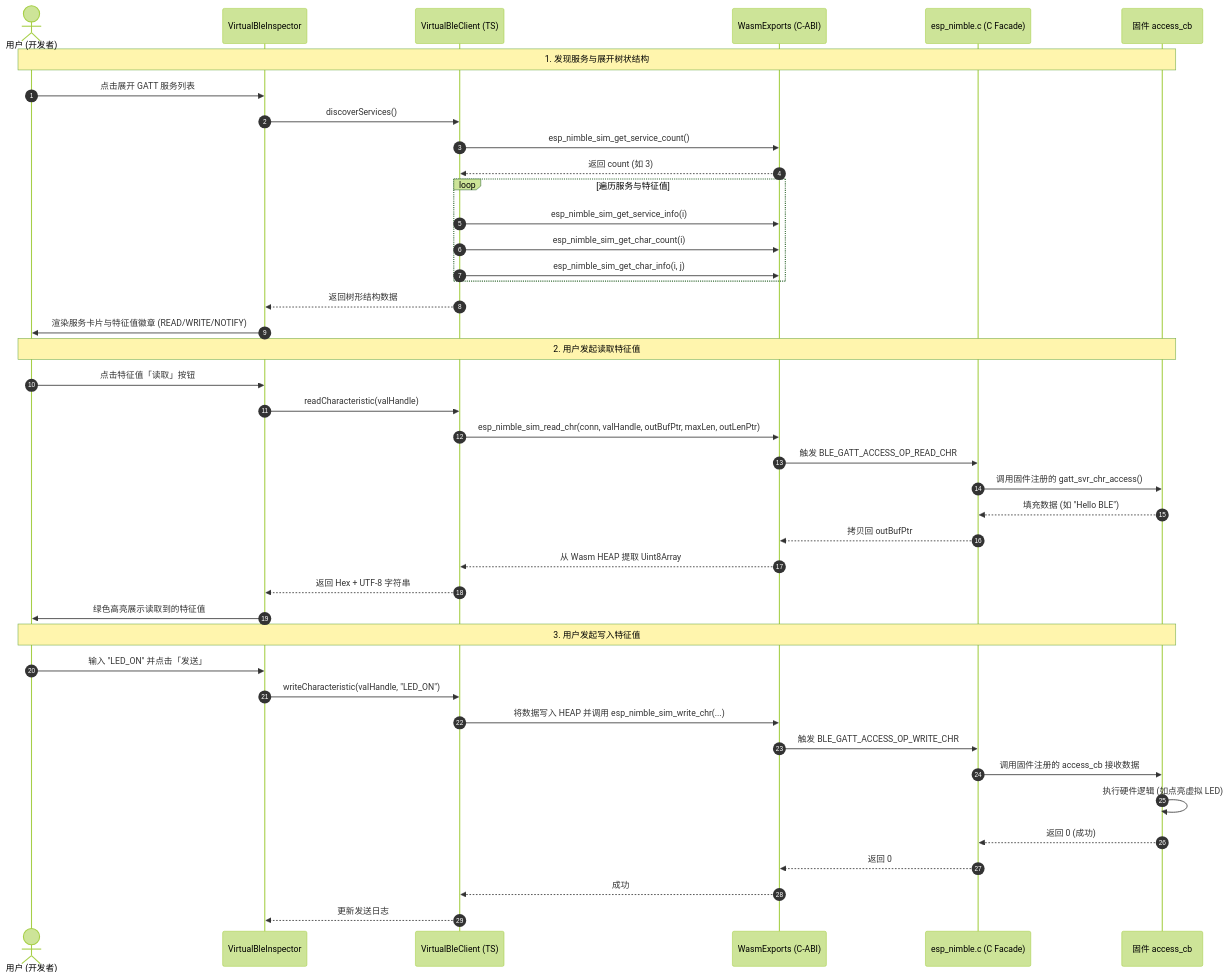
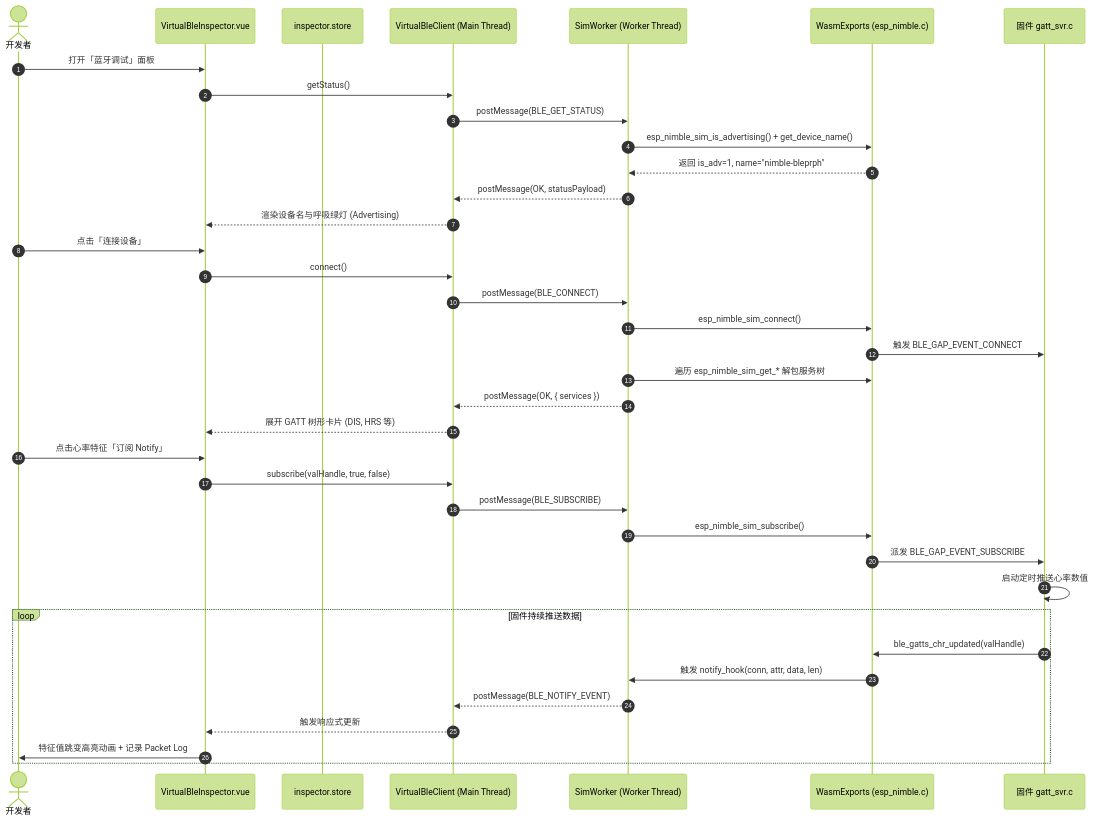
The first of 2 diagrams in docs/implementation-plans/esp32/2026-09-27-esp-idf-sim-m4-4-unisim-ble-inspector-plan.md (wink-cloud-hub/wink-ai-embedded), drawn with Mermaid (forest theme) before and after one commit. The commit also changed other lines of this file, not shown here.

Commit message:
docs(esp_idf): refine M4-4 plan to v1.1 with struct layout and worker protocol

````diff
--- a/docs/implementation-plans/esp32/2026-09-27-esp-idf-sim-m4-4-unisim-ble-inspector-plan.md
+++ b/docs/implementation-plans/esp32/2026-09-27-esp-idf-sim-m4-4-unisim-ble-inspector-plan.md
@@ -119,47 +254,43 @@
 ```mermaid
 sequenceDiagram
     autonumber
-    actor User as 用户 (开发者)
-    participant UI as VirtualBleInspector
-    participant Client as VirtualBleClient (TS)
-    participant Bridge as WasmExports (C-ABI)
-    participant NimBLE as esp_nimble.c (C Facade)
-    participant Firmware as 固件 access_cb
+    actor Dev as 开发者
+    participant UI as VirtualBleInspector.vue
+    participant Store as inspector.store
+    participant Client as VirtualBleClient (Main Thread)
+    participant Worker as SimWorker (Worker Thread)
+    participant Bridge as WasmExports (esp_nimble.c)
+    participant App as 固件 gatt_svr.c
 
-    Note over User,Firmware: 1. 发现服务与展开树状结构
-    User->>UI: 点击展开 GATT 服务列表
-    UI->>Client: discoverServices()
-    Client->>Bridge: esp_nimble_sim_get_service_count()
-    Bridge-->>Client: 返回 count (如 3)
-    loop 遍历服务与特征值
-        Client->>Bridge: esp_nimble_sim_get_service_info(i)
-        Client->>Bridge: esp_nimble_sim_get_char_count(i)
-        Client->>Bridge: esp_nimble_sim_get_char_info(i, j)
+    Dev->>UI: 打开「蓝牙调试」面板
+    UI->>Client: getStatus()
+    Client->>Worker: postMessage(BLE_GET_STATUS)
+    Worker->>Bridge: esp_nimble_sim_is_advertising() + get_device_name()
+    Bridge-->>Worker: 返回 is_adv=1, name="nimble-bleprph"
+    Worker-->>Client: postMessage(OK, statusPayload)
+    Client-->>UI: 渲染设备名与呼吸绿灯 (Advertising)
+
+    Dev->>UI: 点击「连接设备」
+    UI->>Client: connect()
+    Client->>Worker: postMessage(BLE_CONNECT)
+    Worker->>Bridge: esp_nimble_sim_connect()
+    Bridge->>App: 触发 BLE_GAP_EVENT_CONNECT
+    Worker->>Bridge: 遍历 esp_nimble_sim_get_* 解包服务树
+    Worker-->>Client: postMessage(OK, { services })
+    Client-->>UI: 展开 GATT 树形卡片 (DIS, HRS 等)
+
+    Dev->>UI: 点击心率特征「订阅 Notify」
+    UI->>Client: subscribe(valHandle, true, false)
+    Client->>Worker: postMessage(BLE_SUBSCRIBE)
+    Worker->>Bridge: esp_nimble_sim_subscribe()
+    Bridge->>App: 派发 BLE_GAP_EVENT_SUBSCRIBE
+    App->>App: 启动定时推送心率数值
+
+    loop 固件持续推送数据
+        App->>Bridge: ble_gatts_chr_updated(valHandle)
+        Bridge->>Worker: 触发 notify_hook(conn, attr, data, len)
+        Worker-->>Client: postMessage(BLE_NOTIFY_EVENT)
+        Client-->>UI: 触发响应式更新
+        UI->>Dev: 特征值跳变高亮动画 + 记录 Packet Log
     end
-    Client-->>UI: 返回树形结构数据
-    UI->>User: 渲染服务卡片与特征值徽章 (READ/WRITE/NOTIFY)
-
-    Note over User,Firmware: 2. 用户发起读取特征值
-    User->>UI: 点击特征值「读取」按钮
-    UI->>Client: readCharacteristic(valHandle)
-    Client->>Bridge: esp_nimble_sim_read_chr(conn, valHandle, outBufPtr, maxLen, outLenPtr)
-    Bridge->>NimBLE: 触发 BLE_GATT_ACCESS_OP_READ_CHR
-    NimBLE->>Firmware: 调用固件注册的 gatt_svr_chr_access()
-    Firmware-->>NimBLE: 填充数据 (如 "Hello BLE")
-    NimBLE-->>Bridge: 拷贝回 outBufPtr
-    Bridge-->>Client: 从 Wasm HEAP 提取 Uint8Array
-    Client-->>UI: 返回 Hex + UTF-8 字符串
-    UI->>User: 绿色高亮展示读取到的特征值
-
-    Note over User,Firmware: 3. 用户发起写入特征值
-    User->>UI: 输入 "LED_ON" 并点击「发送」
-    UI->>Client: writeCharacteristic(valHandle, "LED_ON")
-    Client->>Bridge: 将数据写入 HEAP 并调用 esp_nimble_sim_write_chr(...)
-    Bridge->>NimBLE: 触发 BLE_GATT_ACCESS_OP_WRITE_CHR
-    NimBLE->>Firmware: 调用固件注册的 access_cb 接收数据
-    Firmware->>Firmware: 执行硬件逻辑 (如点亮虚拟 LED)
-    Firmware-->>NimBLE: 返回 0 (成功)
-    NimBLE-->>Bridge: 返回 0
-    Bridge-->>Client: 成功
-    Client-->>UI: 更新发送日志
 ```
````
